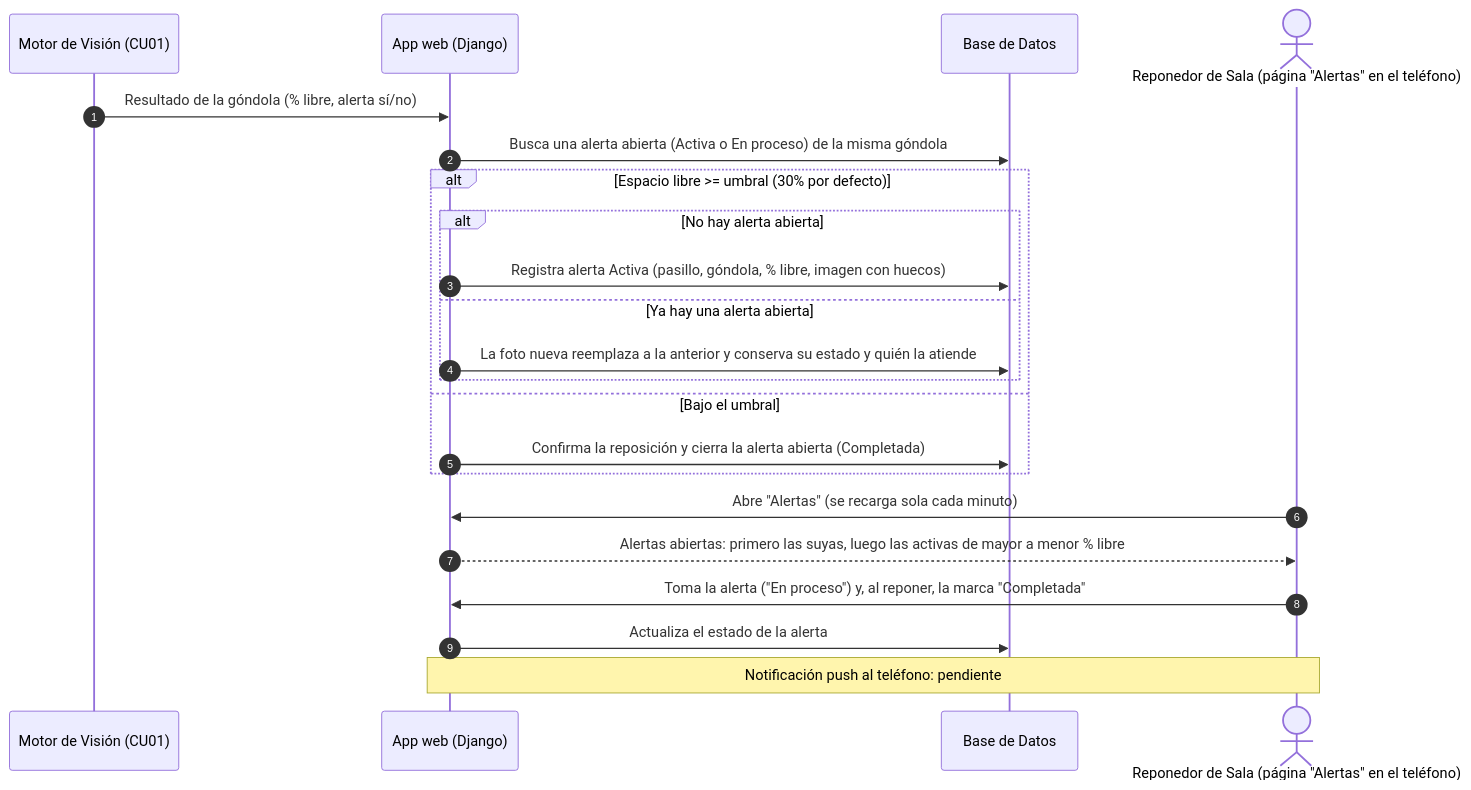
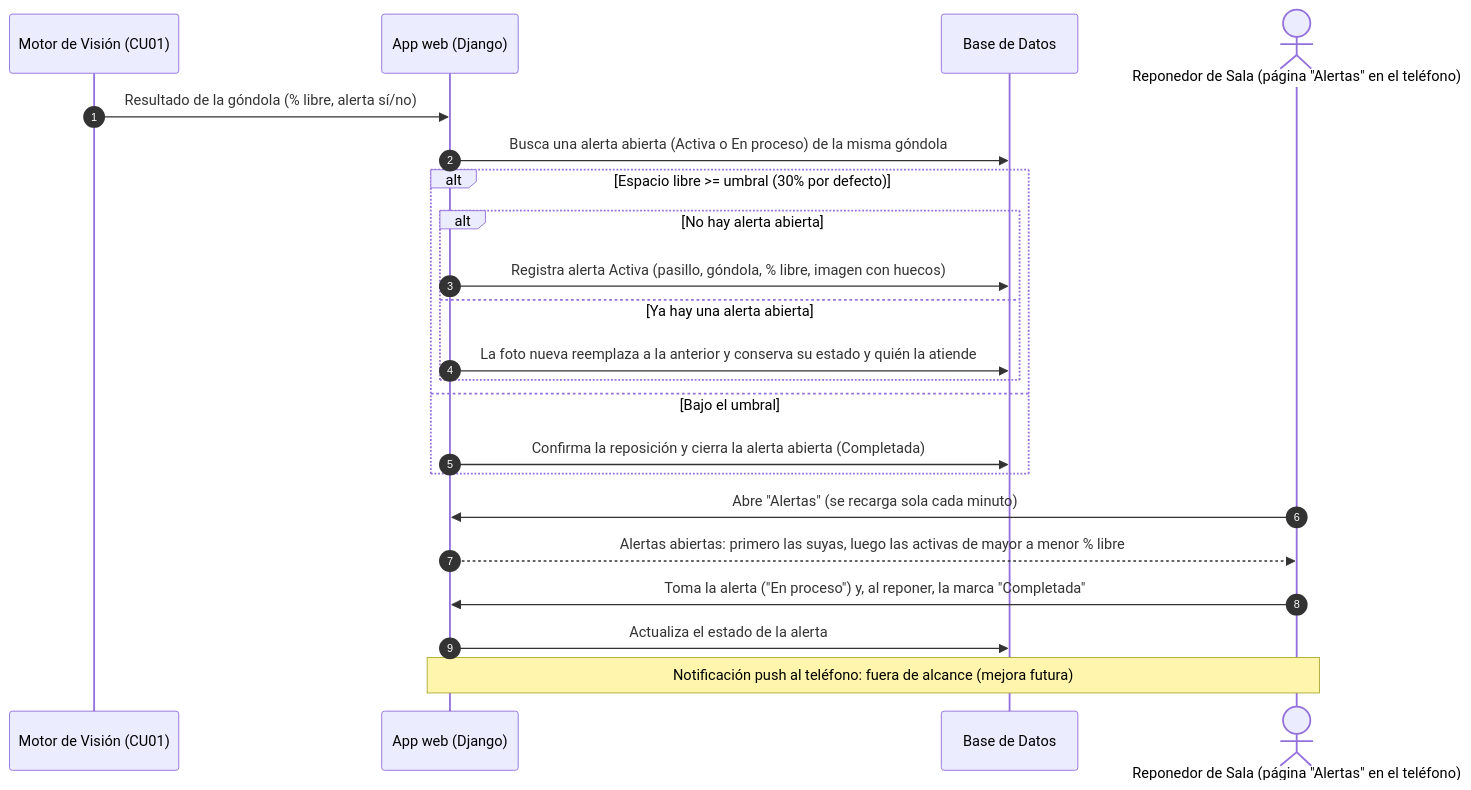
The diagram in Fase 2/Evidencias Proyecto/Evidencias de documentación/Diseño/Diagramas fuente (Mermaid)/Diagrama C.U 02.mmd (marcianabun/capstone), drawn with Mermaid before and after one commit. The commit also changed 11 other files, not shown here.

First line of the commit message:
docs: deja el push del CU02 y el tiempo de tolerancia del CU05 fuera de alcance (#88)

```diff
--- a/Fase 2/Evidencias Proyecto/Evidencias de documentación/Diseño/Diagramas fuente (Mermaid)/Diagrama C.U 02.mmd
+++ b/Fase 2/Evidencias Proyecto/Evidencias de documentación/Diseño/Diagramas fuente (Mermaid)/Diagrama C.U 02.mmd
@@ -1,22 +1,22 @@
 sequenceDiagram
     autonumber
     participant Eng as Motor de Visión (CU01)
     participant Web as App web (Django)
     participant BD as Base de Datos
     actor Rep as Reponedor de Sala (página "Alertas" en el teléfono)
     Eng->>Web: Resultado de la góndola (% libre, alerta sí/no)
     Web->>BD: Busca una alerta abierta (Activa o En proceso) de la misma góndola
     alt Espacio libre >= umbral (30% por defecto)
         alt No hay alerta abierta
             Web->>BD: Registra alerta Activa (pasillo, góndola, % libre, imagen con huecos)
         else Ya hay una alerta abierta
             Web->>BD: La foto nueva reemplaza a la anterior y conserva su estado y quién la atiende
         end
     else Bajo el umbral
         Web->>BD: Confirma la reposición y cierra la alerta abierta (Completada)
     end
     Rep->>Web: Abre "Alertas" (se recarga sola cada minuto)
     Web-->>Rep: Alertas abiertas: primero las suyas, luego las activas de mayor a menor % libre
     Rep->>Web: Toma la alerta ("En proceso") y, al reponer, la marca "Completada"
     Web->>BD: Actualiza el estado de la alerta
-    Note over Web,Rep: Notificación push al teléfono: pendiente
+    Note over Web,Rep: Notificación push al teléfono: fuera de alcance (mejora futura)
```
